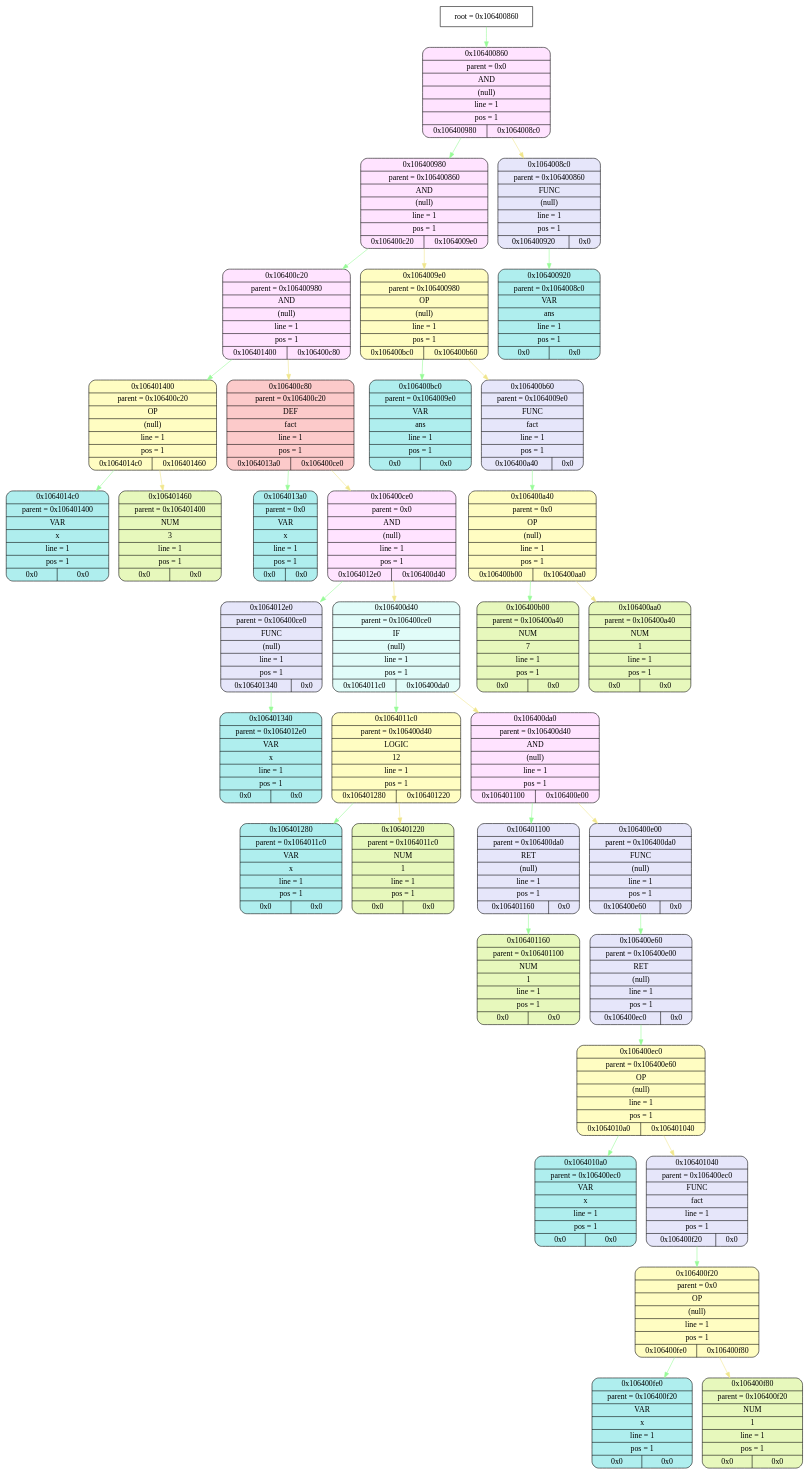
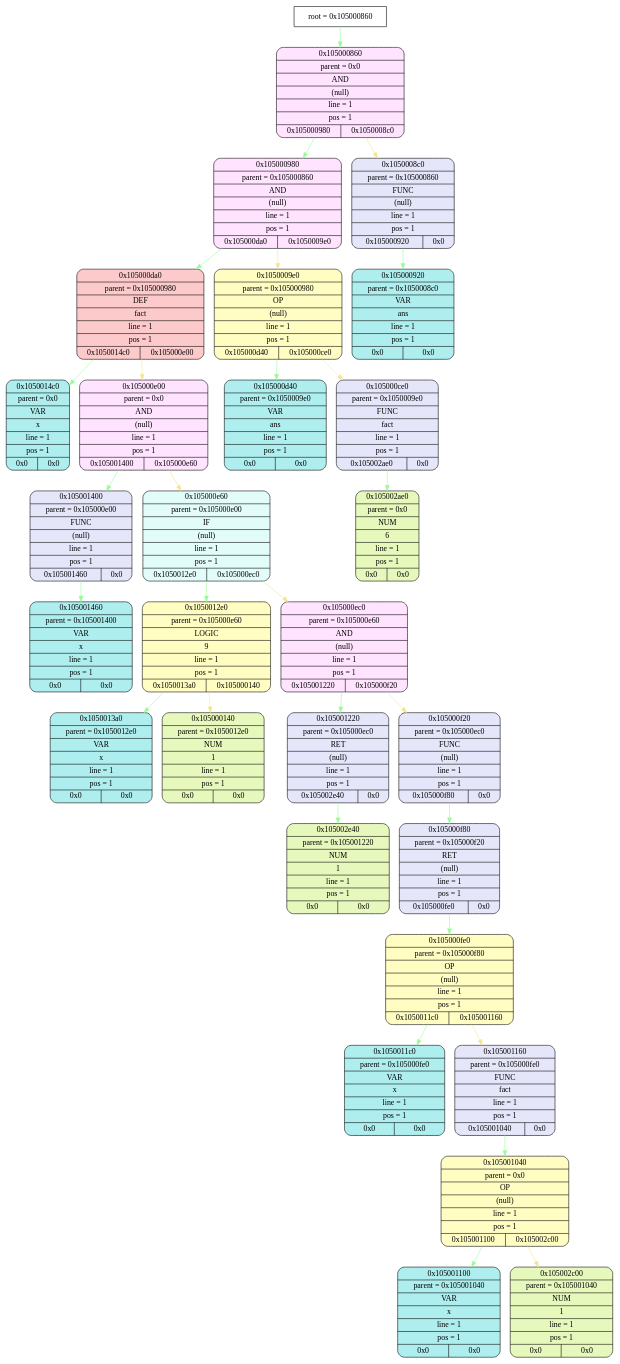
Before and after one commit to esgalimov/language: the diagram in frontend/tmp/graphviz.dot, drawn with Graphviz. The commit also changed 31 other files, not shown here.

```diff
--- a/frontend/tmp/graphviz.dot
+++ b/frontend/tmp/graphviz.dot
@@ -1,107 +1,89 @@
 digraph
 {
-    node_info[shape = record, label = "{root = 0x106400860}"];
+    node_info[shape = record, label = "{root = 0x105000860}"];
 
-    node_info->node_0x106400860 [color = "#98FB98"];
-    node_0x106400860[shape = Mrecord, label = "{{0x106400860} | {parent =  0x0} | {AND} | {(null)} | {line = 1} | {pos = 1} | {0x106400980 | 0x1064008c0}}",
+    node_info->node_0x105000860 [color = "#98FB98"];
+    node_0x105000860[shape = Mrecord, label = "{{0x105000860} | {parent =  0x0} | {AND} | {(null)} | {line = 1} | {pos = 1} | {0x105000980 | 0x1050008c0}}",
                                         style="filled", fillcolor="#FFE3FF"];
-    node_0x106400980[shape = Mrecord, label = "{{0x106400980} | {parent =  0x106400860} | {AND} | {(null)} | {line = 1} | {pos = 1} | {0x106400c20 | 0x1064009e0}}",
+    node_0x105000980[shape = Mrecord, label = "{{0x105000980} | {parent =  0x105000860} | {AND} | {(null)} | {line = 1} | {pos = 1} | {0x105000da0 | 0x1050009e0}}",
                                         style="filled", fillcolor="#FFE3FF"];
-    node_0x106400c20[shape = Mrecord, label = "{{0x106400c20} | {parent =  0x106400980} | {AND} | {(null)} | {line = 1} | {pos = 1} | {0x106401400 | 0x106400c80}}",
+    node_0x105000da0[shape = Mrecord, label = "{{0x105000da0} | {parent =  0x105000980} | {DEF} | {fact} | {line = 1} | {pos = 1} | {0x1050014c0 | 0x105000e00}}",
+                                        style="filled", fillcolor="#FCCACA"];
+    node_0x1050014c0[shape = Mrecord, label = "{{0x1050014c0} | {parent =  0x0} | {VAR} | {x} | {line = 1} | {pos = 1} | {0x0 | 0x0}}",
+                                        style="filled", fillcolor="#AFEEEE"];
+    node_0x105000e00[shape = Mrecord, label = "{{0x105000e00} | {parent =  0x0} | {AND} | {(null)} | {line = 1} | {pos = 1} | {0x105001400 | 0x105000e60}}",
                                         style="filled", fillcolor="#FFE3FF"];
-    node_0x106401400[shape = Mrecord, label = "{{0x106401400} | {parent =  0x106400c20} | {OP} | {(null)} | {line = 1} | {pos = 1} | {0x1064014c0 | 0x106401460}}",
+    node_0x105001400[shape = Mrecord, label = "{{0x105001400} | {parent =  0x105000e00} | {FUNC} | {(null)} | {line = 1} | {pos = 1} | {0x105001460 | 0x0}}",
+                                        style="filled", fillcolor="#E6E6FA"];
+    node_0x105001460[shape = Mrecord, label = "{{0x105001460} | {parent =  0x105001400} | {VAR} | {x} | {line = 1} | {pos = 1} | {0x0 | 0x0}}",
+                                        style="filled", fillcolor="#AFEEEE"];
+    node_0x105000e60[shape = Mrecord, label = "{{0x105000e60} | {parent =  0x105000e00} | {IF} | {(null)} | {line = 1} | {pos = 1} | {0x1050012e0 | 0x105000ec0}}",
+                                        style="filled", fillcolor="#E1FCF9"];
+    node_0x1050012e0[shape = Mrecord, label = "{{0x1050012e0} | {parent =  0x105000e60} | {LOGIC} | {9} | {line = 1} | {pos = 1} | {0x1050013a0 | 0x105000140}}",
+                style="filled", fillcolor="#FFFDC2"];
+    node_0x1050013a0[shape = Mrecord, label = "{{0x1050013a0} | {parent =  0x1050012e0} | {VAR} | {x} | {line = 1} | {pos = 1} | {0x0 | 0x0}}",
+                                        style="filled", fillcolor="#AFEEEE"];
+    node_0x105000140[shape = Mrecord, label = "{{0x105000140} | {parent =  0x1050012e0} | {NUM} | {1} | {line = 1} | {pos = 1} | {0x0 | 0x0}}",
+                style="filled", fillcolor="#E7F8BC"];
+    node_0x105000ec0[shape = Mrecord, label = "{{0x105000ec0} | {parent =  0x105000e60} | {AND} | {(null)} | {line = 1} | {pos = 1} | {0x105001220 | 0x105000f20}}",
+                                        style="filled", fillcolor="#FFE3FF"];
+    node_0x105001220[shape = Mrecord, label = "{{0x105001220} | {parent =  0x105000ec0} | {RET} | {(null)} | {line = 1} | {pos = 1} | {0x105002e40 | 0x0}}",
+                                        style="filled", fillcolor="#E6E6FA"];
+    node_0x105002e40[shape = Mrecord, label = "{{0x105002e40} | {parent =  0x105001220} | {NUM} | {1} | {line = 1} | {pos = 1} | {0x0 | 0x0}}",
+                style="filled", fillcolor="#E7F8BC"];
+    node_0x105000f20[shape = Mrecord, label = "{{0x105000f20} | {parent =  0x105000ec0} | {FUNC} | {(null)} | {line = 1} | {pos = 1} | {0x105000f80 | 0x0}}",
+                                        style="filled", fillcolor="#E6E6FA"];
+    node_0x105000f80[shape = Mrecord, label = "{{0x105000f80} | {parent =  0x105000f20} | {RET} | {(null)} | {line = 1} | {pos = 1} | {0x105000fe0 | 0x0}}",
+                                        style="filled", fillcolor="#E6E6FA"];
+    node_0x105000fe0[shape = Mrecord, label = "{{0x105000fe0} | {parent =  0x105000f80} | {OP} | {(null)} | {line = 1} | {pos = 1} | {0x1050011c0 | 0x105001160}}",
                                         style="filled", fillcolor="#FFFDC2"];
-    node_0x1064014c0[shape = Mrecord, label = "{{0x1064014c0} | {parent =  0x106401400} | {VAR} | {x} | {line = 1} | {pos = 1} | {0x0 | 0x0}}",
+    node_0x1050011c0[shape = Mrecord, label = "{{0x1050011c0} | {parent =  0x105000fe0} | {VAR} | {x} | {line = 1} | {pos = 1} | {0x0 | 0x0}}",
                                         style="filled", fillcolor="#AFEEEE"];
-    node_0x106401460[shape = Mrecord, label = "{{0x106401460} | {parent =  0x106401400} | {NUM} | {3} | {line = 1} | {pos = 1} | {0x0 | 0x0}}",
+    node_0x105001160[shape = Mrecord, label = "{{0x105001160} | {parent =  0x105000fe0} | {FUNC} | {fact} | {line = 1} | {pos = 1} | {0x105001040 | 0x0}}",
+                                        style="filled", fillcolor="#E6E6FA"];
+    node_0x105001040[shape = Mrecord, label = "{{0x105001040} | {parent =  0x0} | {OP} | {(null)} | {line = 1} | {pos = 1} | {0x105001100 | 0x105002c00}}",
+                                        style="filled", fillcolor="#FFFDC2"];
+    node_0x105001100[shape = Mrecord, label = "{{0x105001100} | {parent =  0x105001040} | {VAR} | {x} | {line = 1} | {pos = 1} | {0x0 | 0x0}}",
+                                        style="filled", fillcolor="#AFEEEE"];
+    node_0x105002c00[shape = Mrecord, label = "{{0x105002c00} | {parent =  0x105001040} | {NUM} | {1} | {line = 1} | {pos = 1} | {0x0 | 0x0}}",
                 style="filled", fillcolor="#E7F8BC"];
-    node_0x106400c80[shape = Mrecord, label = "{{0x106400c80} | {parent =  0x106400c20} | {DEF} | {fact} | {line = 1} | {pos = 1} | {0x1064013a0 | 0x106400ce0}}",
-                                        style="filled", fillcolor="#FCCACA"];
-    node_0x1064013a0[shape = Mrecord, label = "{{0x1064013a0} | {parent =  0x0} | {VAR} | {x} | {line = 1} | {pos = 1} | {0x0 | 0x0}}",
+    node_0x1050009e0[shape = Mrecord, label = "{{0x1050009e0} | {parent =  0x105000980} | {OP} | {(null)} | {line = 1} | {pos = 1} | {0x105000d40 | 0x105000ce0}}",
+                                        style="filled", fillcolor="#FFFDC2"];
+    node_0x105000d40[shape = Mrecord, label = "{{0x105000d40} | {parent =  0x1050009e0} | {VAR} | {ans} | {line = 1} | {pos = 1} | {0x0 | 0x0}}",
                                         style="filled", fillcolor="#AFEEEE"];
-    node_0x106400ce0[shape = Mrecord, label = "{{0x106400ce0} | {parent =  0x0} | {AND} | {(null)} | {line = 1} | {pos = 1} | {0x1064012e0 | 0x106400d40}}",
-                                        style="filled", fillcolor="#FFE3FF"];
-    node_0x1064012e0[shape = Mrecord, label = "{{0x1064012e0} | {parent =  0x106400ce0} | {FUNC} | {(null)} | {line = 1} | {pos = 1} | {0x106401340 | 0x0}}",
+    node_0x105000ce0[shape = Mrecord, label = "{{0x105000ce0} | {parent =  0x1050009e0} | {FUNC} | {fact} | {line = 1} | {pos = 1} | {0x105002ae0 | 0x0}}",
                                         style="filled", fillcolor="#E6E6FA"];
-    node_0x106401340[shape = Mrecord, label = "{{0x106401340} | {parent =  0x1064012e0} | {VAR} | {x} | {line = 1} | {pos = 1} | {0x0 | 0x0}}",
+    node_0x105002ae0[shape = Mrecord, label = "{{0x105002ae0} | {parent =  0x0} | {NUM} | {6} | {line = 1} | {pos = 1} | {0x0 | 0x0}}",
+                style="filled", fillcolor="#E7F8BC"];
+    node_0x1050008c0[shape = Mrecord, label = "{{0x1050008c0} | {parent =  0x105000860} | {FUNC} | {(null)} | {line = 1} | {pos = 1} | {0x105000920 | 0x0}}",
+                                        style="filled", fillcolor="#E6E6FA"];
+    node_0x105000920[shape = Mrecord, label = "{{0x105000920} | {parent =  0x1050008c0} | {VAR} | {ans} | {line = 1} | {pos = 1} | {0x0 | 0x0}}",
                                         style="filled", fillcolor="#AFEEEE"];
-    node_0x106400d40[shape = Mrecord, label = "{{0x106400d40} | {parent =  0x106400ce0} | {IF} | {(null)} | {line = 1} | {pos = 1} | {0x1064011c0 | 0x106400da0}}",
-                                        style="filled", fillcolor="#E1FCF9"];
-    node_0x1064011c0[shape = Mrecord, label = "{{0x1064011c0} | {parent =  0x106400d40} | {LOGIC} | {12} | {line = 1} | {pos = 1} | {0x106401280 | 0x106401220}}",
-                style="filled", fillcolor="#FFFDC2"];
-    node_0x106401280[shape = Mrecord, label = "{{0x106401280} | {parent =  0x1064011c0} | {VAR} | {x} | {line = 1} | {pos = 1} | {0x0 | 0x0}}",
-                                        style="filled", fillcolor="#AFEEEE"];
-    node_0x106401220[shape = Mrecord, label = "{{0x106401220} | {parent =  0x1064011c0} | {NUM} | {1} | {line = 1} | {pos = 1} | {0x0 | 0x0}}",
-                style="filled", fillcolor="#E7F8BC"];
-    node_0x106400da0[shape = Mrecord, label = "{{0x106400da0} | {parent =  0x106400d40} | {AND} | {(null)} | {line = 1} | {pos = 1} | {0x106401100 | 0x106400e00}}",
-                                        style="filled", fillcolor="#FFE3FF"];
-    node_0x106401100[shape = Mrecord, label = "{{0x106401100} | {parent =  0x106400da0} | {RET} | {(null)} | {line = 1} | {pos = 1} | {0x106401160 | 0x0}}",
-                                        style="filled", fillcolor="#E6E6FA"];
-    node_0x106401160[shape = Mrecord, label = "{{0x106401160} | {parent =  0x106401100} | {NUM} | {1} | {line = 1} | {pos = 1} | {0x0 | 0x0}}",
-                style="filled", fillcolor="#E7F8BC"];
-    node_0x106400e00[shape = Mrecord, label = "{{0x106400e00} | {parent =  0x106400da0} | {FUNC} | {(null)} | {line = 1} | {pos = 1} | {0x106400e60 | 0x0}}",
-                                        style="filled", fillcolor="#E6E6FA"];
-    node_0x106400e60[shape = Mrecord, label = "{{0x106400e60} | {parent =  0x106400e00} | {RET} | {(null)} | {line = 1} | {pos = 1} | {0x106400ec0 | 0x0}}",
-                                        style="filled", fillcolor="#E6E6FA"];
-    node_0x106400ec0[shape = Mrecord, label = "{{0x106400ec0} | {parent =  0x106400e60} | {OP} | {(null)} | {line = 1} | {pos = 1} | {0x1064010a0 | 0x106401040}}",
-                                        style="filled", fillcolor="#FFFDC2"];
-    node_0x1064010a0[shape = Mrecord, label = "{{0x1064010a0} | {parent =  0x106400ec0} | {VAR} | {x} | {line = 1} | {pos = 1} | {0x0 | 0x0}}",
-                                        style="filled", fillcolor="#AFEEEE"];
-    node_0x106401040[shape = Mrecord, label = "{{0x106401040} | {parent =  0x106400ec0} | {FUNC} | {fact} | {line = 1} | {pos = 1} | {0x106400f20 | 0x0}}",
-                                        style="filled", fillcolor="#E6E6FA"];
-    node_0x106400f20[shape = Mrecord, label = "{{0x106400f20} | {parent =  0x0} | {OP} | {(null)} | {line = 1} | {pos = 1} | {0x106400fe0 | 0x106400f80}}",
-                                        style="filled", fillcolor="#FFFDC2"];
-    node_0x106400fe0[shape = Mrecord, label = "{{0x106400fe0} | {parent =  0x106400f20} | {VAR} | {x} | {line = 1} | {pos = 1} | {0x0 | 0x0}}",
-                                        style="filled", fillcolor="#AFEEEE"];
-    node_0x106400f80[shape = Mrecord, label = "{{0x106400f80} | {parent =  0x106400f20} | {NUM} | {1} | {line = 1} | {pos = 1} | {0x0 | 0x0}}",
-                style="filled", fillcolor="#E7F8BC"];
-    node_0x1064009e0[shape = Mrecord, label = "{{0x1064009e0} | {parent =  0x106400980} | {OP} | {(null)} | {line = 1} | {pos = 1} | {0x106400bc0 | 0x106400b60}}",
-                                        style="filled", fillcolor="#FFFDC2"];
-    node_0x106400bc0[shape = Mrecord, label = "{{0x106400bc0} | {parent =  0x1064009e0} | {VAR} | {ans} | {line = 1} | {pos = 1} | {0x0 | 0x0}}",
-                                        style="filled", fillcolor="#AFEEEE"];
-    node_0x106400b60[shape = Mrecord, label = "{{0x106400b60} | {parent =  0x1064009e0} | {FUNC} | {fact} | {line = 1} | {pos = 1} | {0x106400a40 | 0x0}}",
-                                        style="filled", fillcolor="#E6E6FA"];
-    node_0x106400a40[shape = Mrecord, label = "{{0x106400a40} | {parent =  0x0} | {OP} | {(null)} | {line = 1} | {pos = 1} | {0x106400b00 | 0x106400aa0}}",
-                                        style="filled", fillcolor="#FFFDC2"];
-    node_0x106400b00[shape = Mrecord, label = "{{0x106400b00} | {parent =  0x106400a40} | {NUM} | {7} | {line = 1} | {pos = 1} | {0x0 | 0x0}}",
-                style="filled", fillcolor="#E7F8BC"];
-    node_0x106400aa0[shape = Mrecord, label = "{{0x106400aa0} | {parent =  0x106400a40} | {NUM} | {1} | {line = 1} | {pos = 1} | {0x0 | 0x0}}",
-                style="filled", fillcolor="#E7F8BC"];
-    node_0x1064008c0[shape = Mrecord, label = "{{0x1064008c0} | {parent =  0x106400860} | {FUNC} | {(null)} | {line = 1} | {pos = 1} | {0x106400920 | 0x0}}",
-                                        style="filled", fillcolor="#E6E6FA"];
-    node_0x106400920[shape = Mrecord, label = "{{0x106400920} | {parent =  0x1064008c0} | {VAR} | {ans} | {line = 1} | {pos = 1} | {0x0 | 0x0}}",
-                                        style="filled", fillcolor="#AFEEEE"];
-    node_0x106400860->node_0x106400980 [color = "#98FB98"];
-    node_0x106400980->node_0x106400c20 [color = "#98FB98"];
-    node_0x106400c20->node_0x106401400 [color = "#98FB98"];
-    node_0x106401400->node_0x1064014c0 [color = "#98FB98"];
-    node_0x106401400->node_0x106401460 [color = "#F0E68C"];
-    node_0x106400c20->node_0x106400c80 [color = "#F0E68C"];
-    node_0x106400c80->node_0x1064013a0 [color = "#98FB98"];
-    node_0x106400c80->node_0x106400ce0 [color = "#F0E68C"];
-    node_0x106400ce0->node_0x1064012e0 [color = "#98FB98"];
-    node_0x1064012e0->node_0x106401340 [color = "#98FB98"];
-    node_0x106400ce0->node_0x106400d40 [color = "#F0E68C"];
-    node_0x106400d40->node_0x1064011c0 [color = "#98FB98"];
-    node_0x1064011c0->node_0x106401280 [color = "#98FB98"];
-    node_0x1064011c0->node_0x106401220 [color = "#F0E68C"];
-    node_0x106400d40->node_0x106400da0 [color = "#F0E68C"];
-    node_0x106400da0->node_0x106401100 [color = "#98FB98"];
-    node_0x106401100->node_0x106401160 [color = "#98FB98"];
-    node_0x106400da0->node_0x106400e00 [color = "#F0E68C"];
-    node_0x106400e00->node_0x106400e60 [color = "#98FB98"];
-    node_0x106400e60->node_0x106400ec0 [color = "#98FB98"];
-    node_0x106400ec0->node_0x1064010a0 [color = "#98FB98"];
-    node_0x106400ec0->node_0x106401040 [color = "#F0E68C"];
-    node_0x106401040->node_0x106400f20 [color = "#98FB98"];
-    node_0x106400f20->node_0x106400fe0 [color = "#98FB98"];
-    node_0x106400f20->node_0x106400f80 [color = "#F0E68C"];
-    node_0x106400980->node_0x1064009e0 [color = "#F0E68C"];
-    node_0x1064009e0->node_0x106400bc0 [color = "#98FB98"];
-    node_0x1064009e0->node_0x106400b60 [color = "#F0E68C"];
-    node_0x106400b60->node_0x106400a40 [color = "#98FB98"];
-    node_0x106400a40->node_0x106400b00 [color = "#98FB98"];
-    node_0x106400a40->node_0x106400aa0 [color = "#F0E68C"];
-    node_0x106400860->node_0x1064008c0 [color = "#F0E68C"];
-    node_0x1064008c0->node_0x106400920 [color = "#98FB98"];
+    node_0x105000860->node_0x105000980 [color = "#98FB98"];
+    node_0x105000980->node_0x105000da0 [color = "#98FB98"];
+    node_0x105000da0->node_0x1050014c0 [color = "#98FB98"];
+    node_0x105000da0->node_0x105000e00 [color = "#F0E68C"];
+    node_0x105000e00->node_0x105001400 [color = "#98FB98"];
+    node_0x105001400->node_0x105001460 [color = "#98FB98"];
+    node_0x105000e00->node_0x105000e60 [color = "#F0E68C"];
+    node_0x105000e60->node_0x1050012e0 [color = "#98FB98"];
+    node_0x1050012e0->node_0x1050013a0 [color = "#98FB98"];
+    node_0x1050012e0->node_0x105000140 [color = "#F0E68C"];
+    node_0x105000e60->node_0x105000ec0 [color = "#F0E68C"];
+    node_0x105000ec0->node_0x105001220 [color = "#98FB98"];
+    node_0x105001220->node_0x105002e40 [color = "#98FB98"];
+    node_0x105000ec0->node_0x105000f20 [color = "#F0E68C"];
+    node_0x105000f20->node_0x105000f80 [color = "#98FB98"];
+    node_0x105000f80->node_0x105000fe0 [color = "#98FB98"];
+    node_0x105000fe0->node_0x1050011c0 [color = "#98FB98"];
+    node_0x105000fe0->node_0x105001160 [color = "#F0E68C"];
+    node_0x105001160->node_0x105001040 [color = "#98FB98"];
+    node_0x105001040->node_0x105001100 [color = "#98FB98"];
+    node_0x105001040->node_0x105002c00 [color = "#F0E68C"];
+    node_0x105000980->node_0x1050009e0 [color = "#F0E68C"];
+    node_0x1050009e0->node_0x105000d40 [color = "#98FB98"];
+    node_0x1050009e0->node_0x105000ce0 [color = "#F0E68C"];
+    node_0x105000ce0->node_0x105002ae0 [color = "#98FB98"];
+    node_0x105000860->node_0x1050008c0 [color = "#F0E68C"];
+    node_0x1050008c0->node_0x105000920 [color = "#98FB98"];
 }
```
